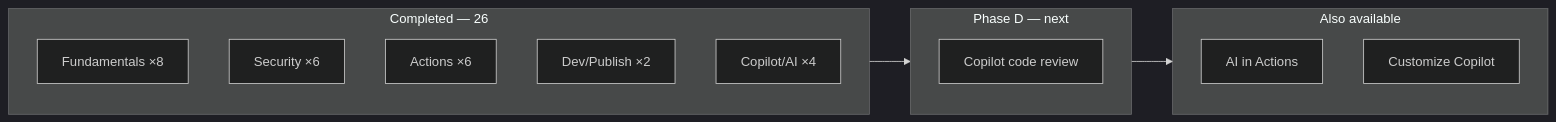
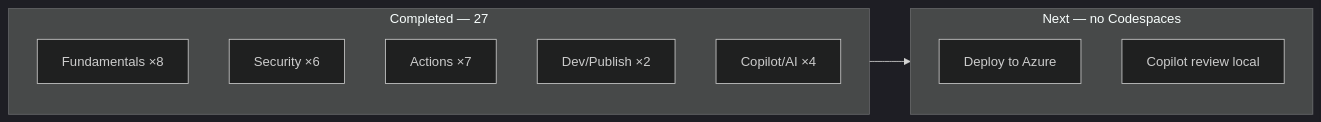
One commit to blackhebrewisraeli/github-skills-journey changed the diagram in ROADMAP.md. Above: the diagram before and after it, drawn with Mermaid (dark theme). The commit also changed other lines of this file and 1 other file, not shown here.

Commit message:
Log AI in Actions practice; Phase C complete (27 total).

````diff
--- a/ROADMAP.md
+++ b/ROADMAP.md
@@ -10,18 +11,15 @@
 ```mermaid
 flowchart LR
-    subgraph done [Completed — 26]
+    subgraph done [Completed — 27]
         F[Fundamentals ×8]
         S[Security ×6]
-        A[Actions ×6]
+        A[Actions ×7]
         D[Dev/Publish ×2]
         C[Copilot/AI ×4]
     end
-    subgraph next [Phase D — next]
-        CR[Copilot code review]
+    subgraph next [Next — no Codespaces]
+        AZ[Deploy to Azure]
+        CR[Copilot review local]
     end
-    subgraph later [Also available]
-        AI[AI in Actions]
-        CP[Customize Copilot]
-    end
-    done --> next --> later
+    done --> next
 ```
````
